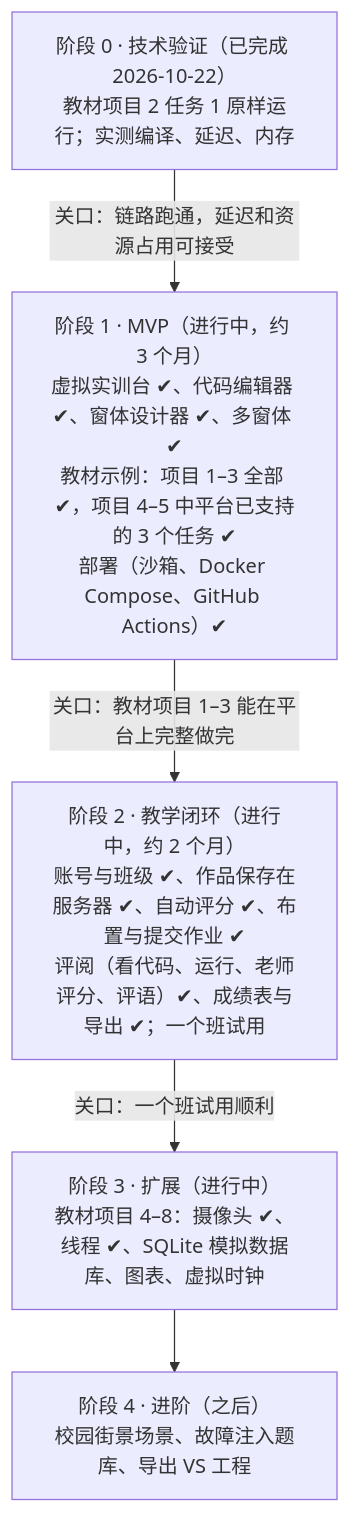
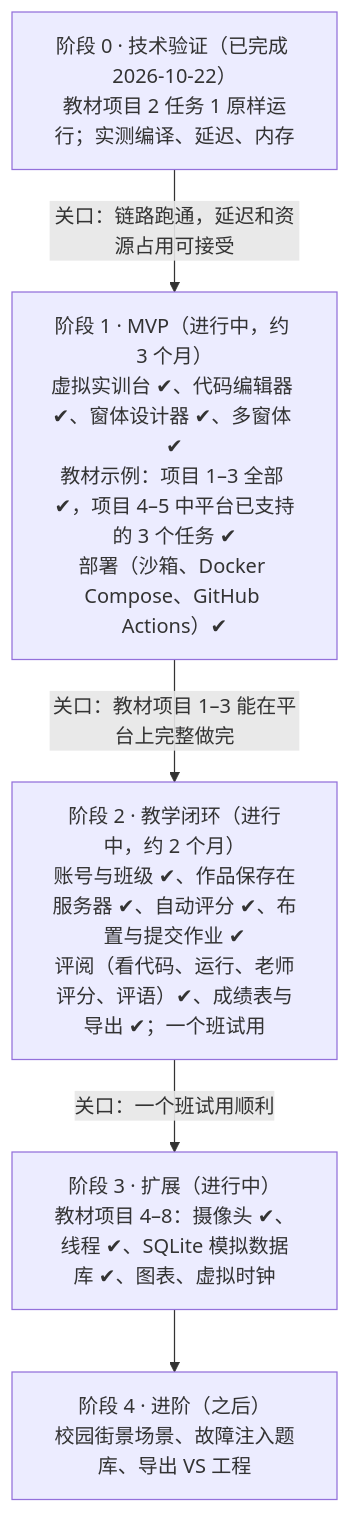
One commit to yuetsh/IOT_SIM changed the second of 2 diagrams in docs/设计方案.md. Above: the diagram before and after it, drawn with Mermaid. The commit also changed other lines of this file and 71 other files, not shown here.

````diff
--- a/docs/设计方案.md
+++ b/docs/设计方案.md
@@ -234,12 +235,12 @@
 ```mermaid
 flowchart TB
   P0["阶段 0 · 技术验证（已完成 2026-10-22）<br/>教材项目 2 任务 1 原样运行；实测编译、延迟、内存"]
   P1["阶段 1 · MVP（进行中，约 3 个月）<br/>虚拟实训台 ✔、代码编辑器 ✔、窗体设计器 ✔、多窗体 ✔<br/>教材示例：项目 1–3 全部 ✔，项目 4–5 中平台已支持的 3 个任务 ✔<br/>部署（沙箱、Docker Compose、GitHub Actions）✔"]
   P2["阶段 2 · 教学闭环（进行中，约 2 个月）<br/>账号与班级 ✔、作品保存在服务器 ✔、自动评分 ✔、布置与提交作业 ✔<br/>评阅（看代码、运行、老师评分、评语）✔、成绩表与导出 ✔；一个班试用"]
-  P3["阶段 3 · 扩展（进行中）<br/>教材项目 4–8：摄像头 ✔、线程 ✔、SQLite 模拟数据库、图表、虚拟时钟"]
+  P3["阶段 3 · 扩展（进行中）<br/>教材项目 4–8：摄像头 ✔、线程 ✔、SQLite 模拟数据库 ✔、图表、虚拟时钟"]
   P4["阶段 4 · 进阶（之后）<br/>校园街景场景、故障注入题库、导出 VS 工程"]
   P0 -->|"关口：链路跑通，延迟和资源占用可接受"| P1
   P1 -->|"关口：教材项目 1–3 能在平台上完整做完"| P2
   P2 -->|"关口：一个班试用顺利"| P3
   P3 --> P4
 ```
````
